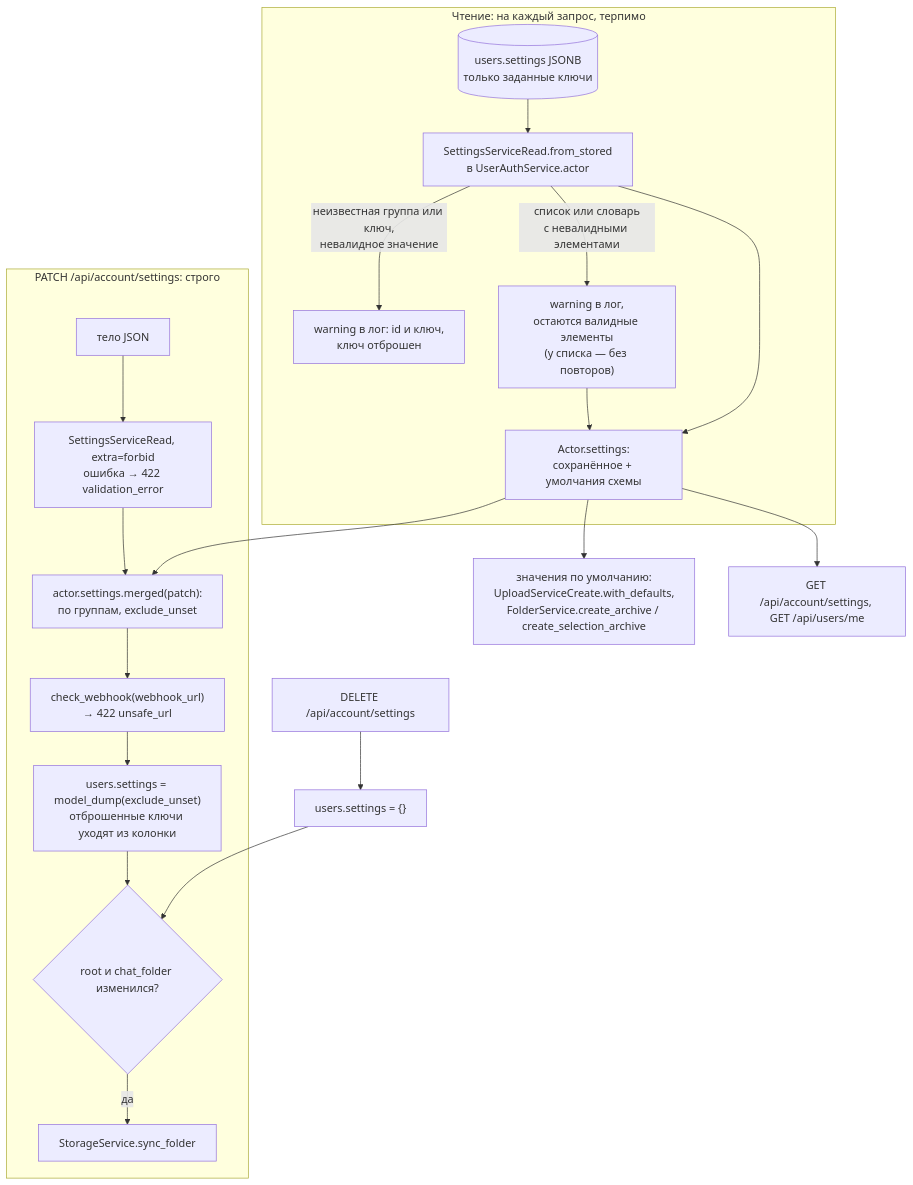
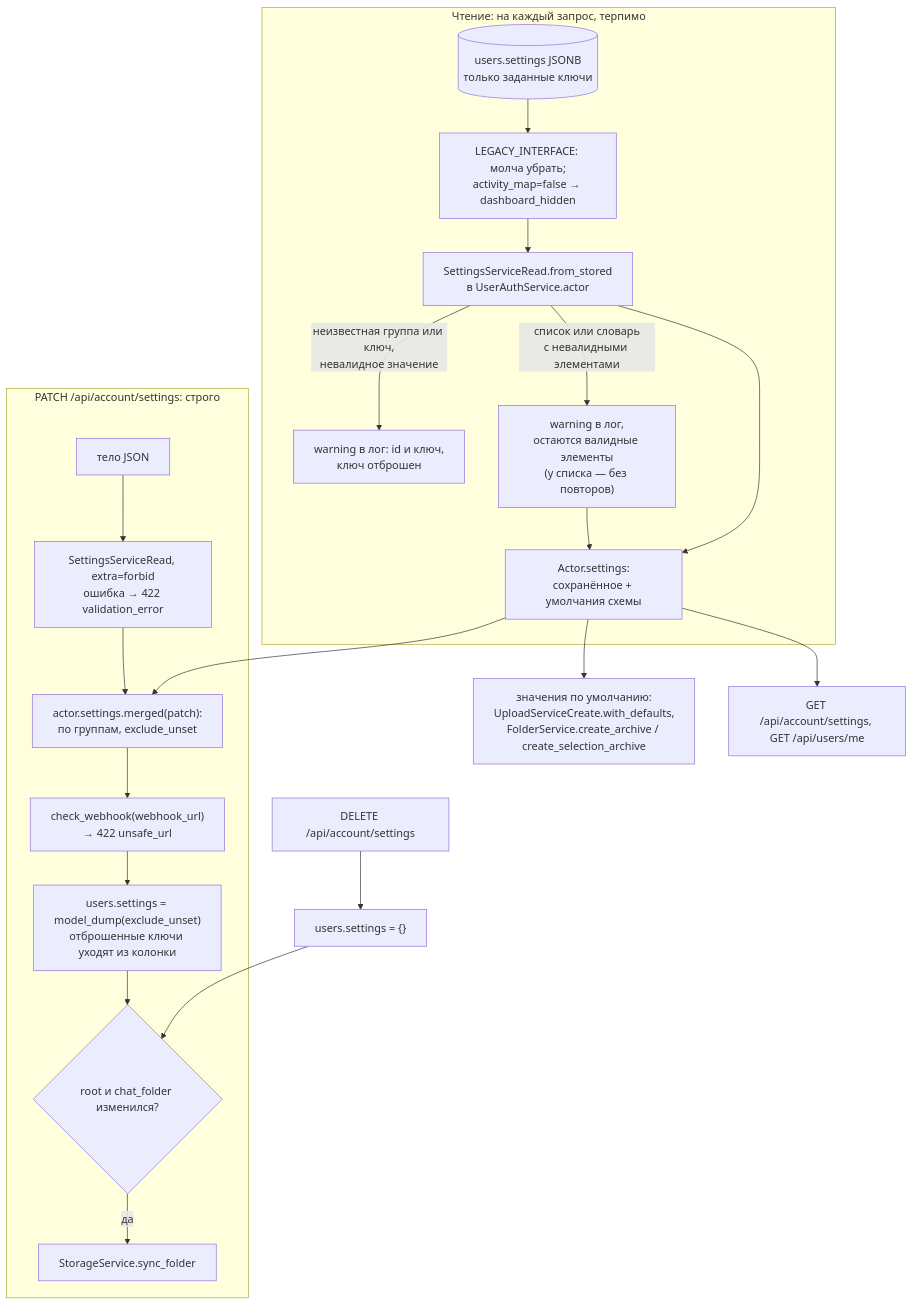
One commit to NikitkaZXC/tcloud-backend changed the diagram in docs/flows/settings.md. Above: the diagram before and after it, drawn with Mermaid. The commit also changed other lines of this file and 3 other files, not shown here.

Commit message:
feat: interface.dashboard_hidden replaces activity_map with silent legacy migration

````diff
--- a/docs/flows/settings.md
+++ b/docs/flows/settings.md
@@ -25,22 +30,25 @@
 ```mermaid
 flowchart TD
     subgraph load["Чтение: на каждый запрос, терпимо"]
-        db[("users.settings JSONB<br/>только заданные ключи")] --> fs["SettingsServiceRead.from_stored<br/>в UserAuthService.actor"]
+        db[("users.settings JSONB<br/>только заданные ключи")]
+        fs["SettingsServiceRead.from_stored<br/>в UserAuthService.actor"]
+        db --> legacy["LEGACY_INTERFACE: молча убрать;<br/>activity_map=false → dashboard_hidden"]
+        legacy --> fs
         fs -->|"неизвестная группа или ключ,<br/>невалидное значение"| warn["warning в лог: id и ключ,<br/>ключ отброшен"]
         fs -->|"список или словарь<br/>с невалидными элементами"| items["warning в лог,<br/>остаются валидные элементы<br/>(у списка — без повторов)"]
         items --> actor
         fs --> actor["Actor.settings:<br/>сохранённое + умолчания схемы"]
     end
     subgraph write["PATCH /api/account/settings: строго"]
         body["тело JSON"] --> strict["SettingsServiceRead, extra=forbid<br/>ошибка → 422 validation_error"]
         strict --> merge["actor.settings.merged(patch):<br/>по группам, exclude_unset"]
         merge --> wh["check_webhook(webhook_url)<br/>→ 422 unsafe_url"]
         wh --> save["users.settings = model_dump(exclude_unset)<br/>отброшенные ключи уходят из колонки"]
         save --> chg{"root и chat_folder изменился?"}
         chg -->|да| sync["StorageService.sync_folder"]
     end
     reset["DELETE /api/account/settings"] --> zero["users.settings = {}"] --> chg
     actor --> merge
     actor --> use["значения по умолчанию:<br/>UploadServiceCreate.with_defaults,<br/>FolderService.create_archive / create_selection_archive"]
     actor --> me["GET /api/account/settings, GET /api/users/me"]
 ```
````
